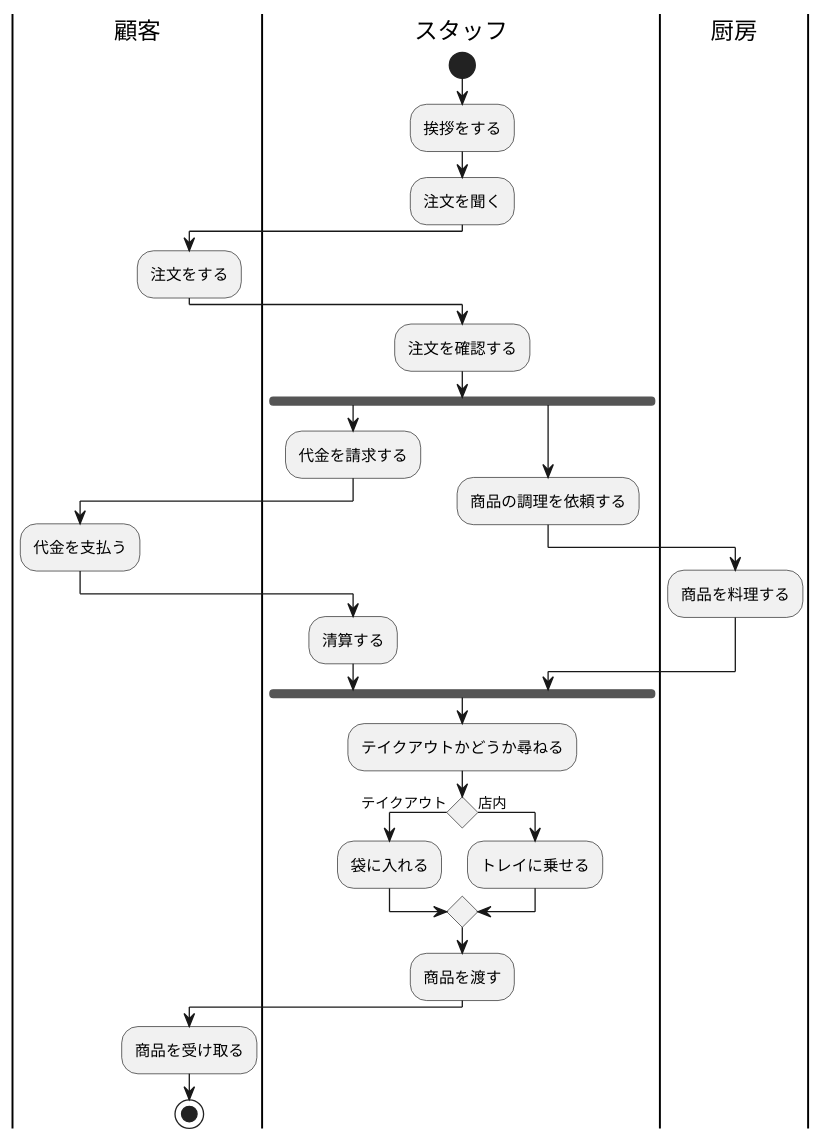
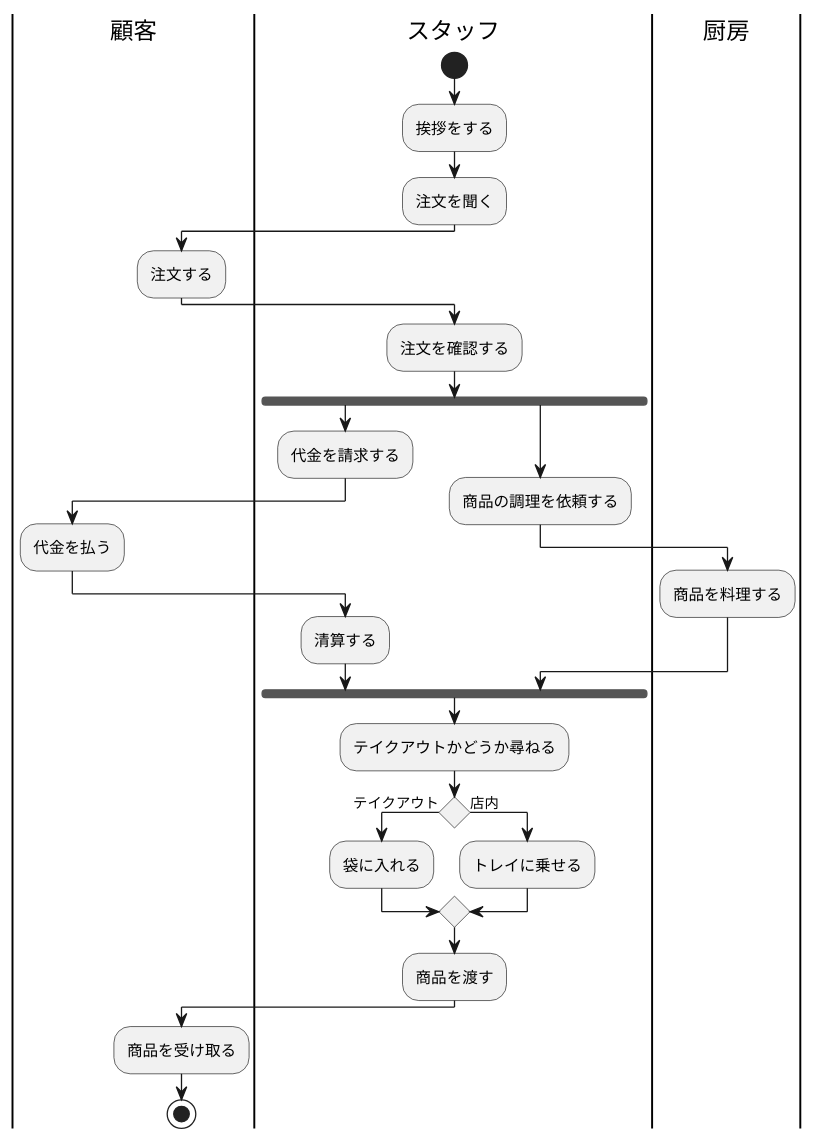
One commit to nishiyu0919/uml-introduction changed the diagram in 演習7-4-2_AC_ハンバーガーショップ.pu. Above: the diagram before and after it, drawn with PlantUML.

Commit message:
演習7

```diff
--- a/演習7-4-2_AC_ハンバーガーショップ.pu
+++ b/演習7-4-2_AC_ハンバーガーショップ.pu
@@ -1,44 +1,44 @@
 @startuml 演習7-4-2
 
 |顧客|
 
 
 |スタッフ|
 start
 :挨拶をする;
 
 :注文を聞く;
 
 |顧客|
-:注文をする;
+:注文する;
 
 |スタッフ|
 :注文を確認する;
 fork
 :代金を請求する;
 |顧客|
-:代金を支払う;
+:代金を払う;
 |スタッフ|
 :清算する;
 fork again
 |スタッフ|
 :商品の調理を依頼する;
 |厨房|
 :商品を料理する;
 |スタッフ|
 end fork
 
 |スタッフ|
 :テイクアウトかどうか尋ねる;
  if () then (テイクアウト)
  :袋に入れる;
  else (店内)
  :トレイに乗せる;
 endif 
 |スタッフ|
 :商品を渡す;
 |顧客|
 :商品を受け取る;
 stop
 
 @enduml
```
